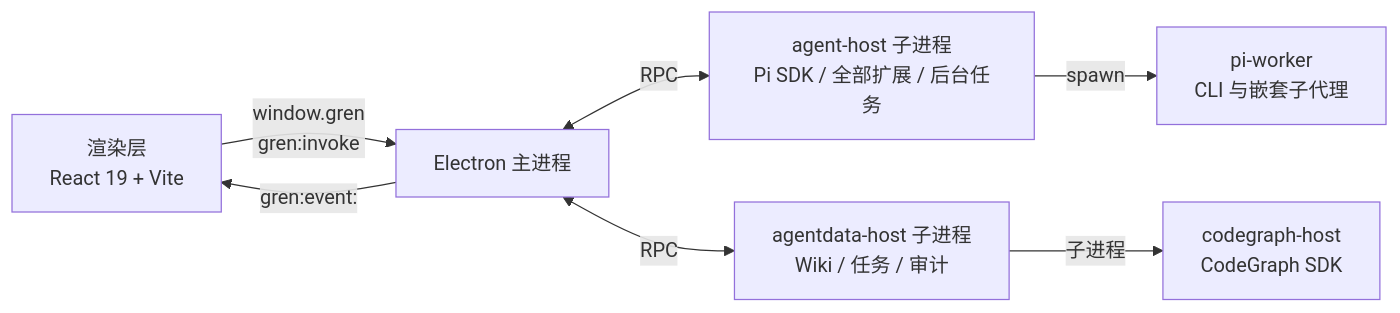
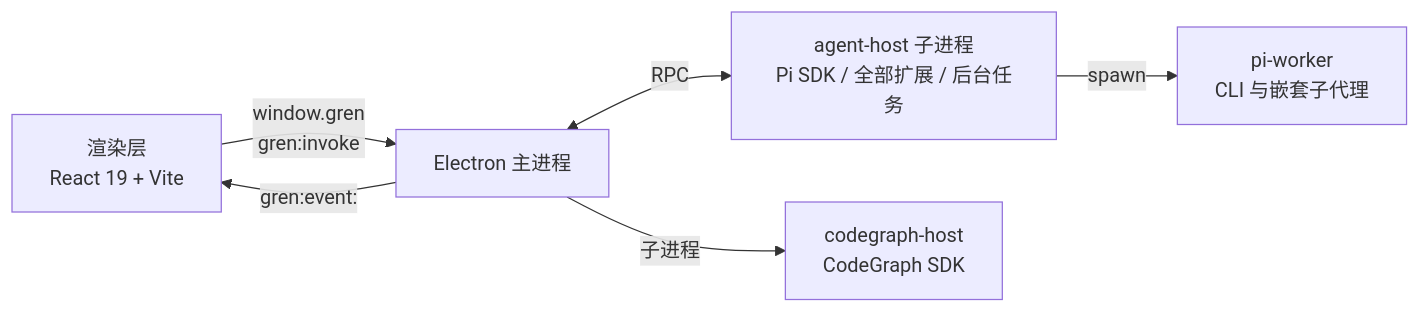
Before and after one commit to GrenAnHao/GrenAgent: the diagram in README.md, drawn with Mermaid. The commit also changed other lines of this file and 921 other files, not shown here.

````diff
--- a/README.md
+++ b/README.md
@@ -39,9 +39,8 @@
 ```mermaid
 flowchart LR
   R["渲染层<br/>React 19 + Vite"] -->|"window.gren<br/>gren:invoke"| M["Electron 主进程"]
   M -->|"gren:event:"| R
   M <-->|"RPC"| A["agent-host 子进程<br/>Pi SDK / 全部扩展 / 后台任务"]
-  M <-->|"RPC"| D["agentdata-host 子进程<br/>Wiki / 任务 / 审计"]
-  D -->|"子进程"| C["codegraph-host<br/>CodeGraph SDK"]
+  M -->|"子进程"| C["codegraph-host<br/>CodeGraph SDK"]
   A -->|"spawn"| W["pi-worker<br/>CLI 与嵌套子代理"]
 ```
````
